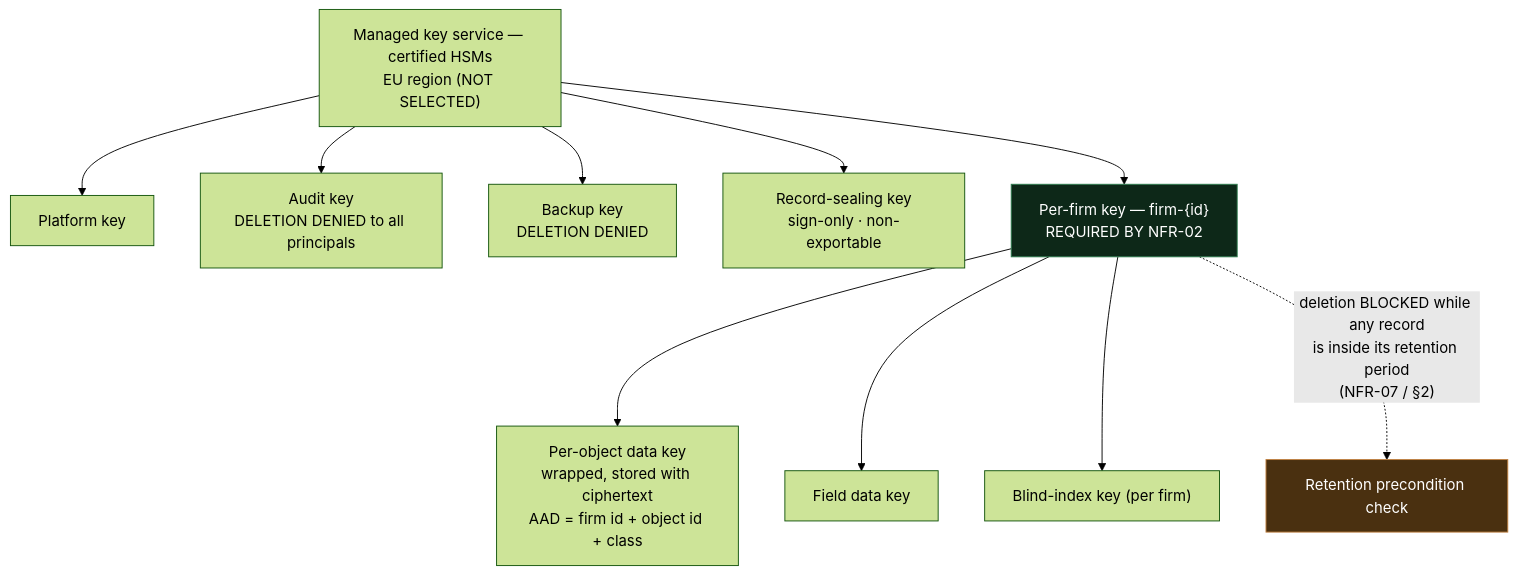
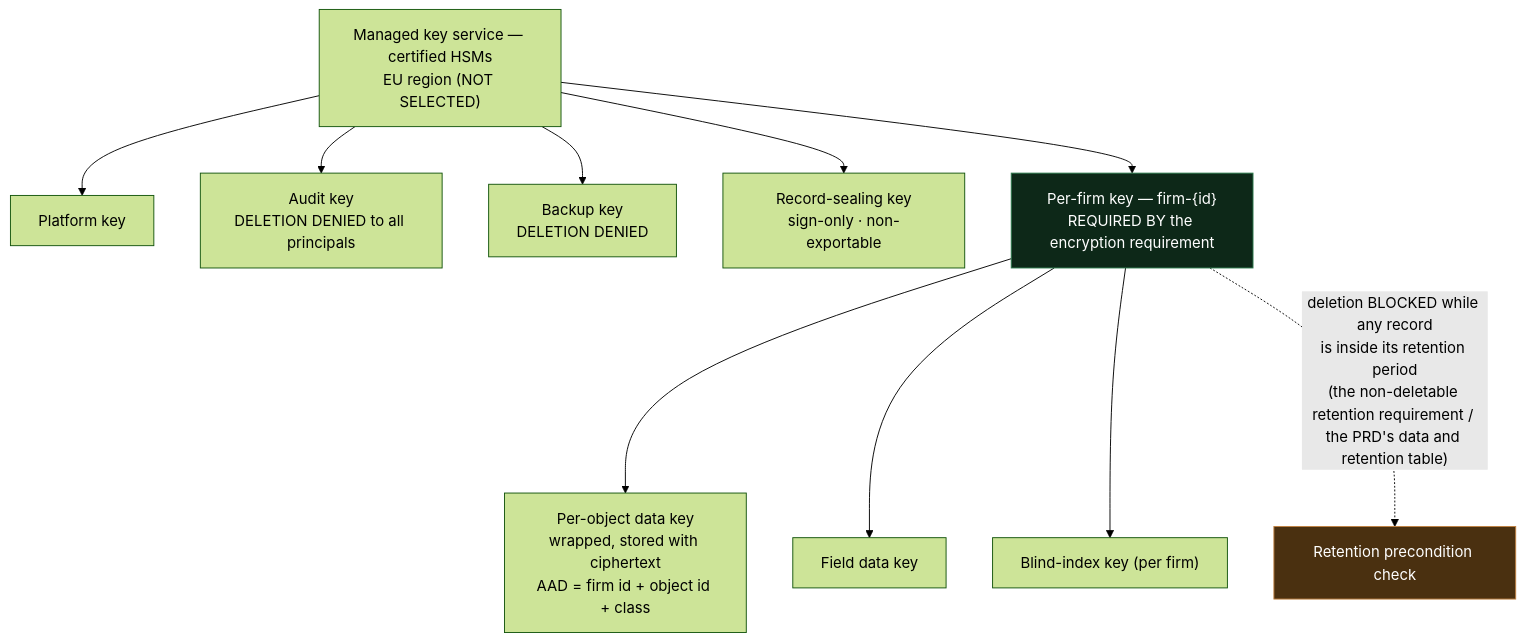
The sixth of 11 diagrams in docs/research/Data And Document Security/architecture-diagrams.md (sayone-tech/Compliance_iq_backend), drawn with Mermaid (forest theme) before and after one commit. The commit also changed other lines of this file and 39 other files, not shown here.

````diff
--- a/docs/research/Data And Document Security/architecture-diagrams.md
+++ b/docs/research/Data And Document Security/architecture-diagrams.md
@@ -200,19 +200,19 @@
 ```mermaid
 graph TB
     HSM["Managed key service — certified HSMs<br/>EU region (NOT SELECTED)"]
 
     HSM --> PK["Platform key"]
     HSM --> AK["Audit key<br/>DELETION DENIED to all principals"]
     HSM --> BK["Backup key<br/>DELETION DENIED"]
     HSM --> SK["Record-sealing key<br/>sign-only · non-exportable"]
-    HSM --> TK["Per-firm key — firm-{id}<br/>REQUIRED BY NFR-02"]
+    HSM --> TK["Per-firm key — firm-{id}<br/>REQUIRED BY the encryption requirement"]
 
     TK --> DEK["Per-object data key<br/>wrapped, stored with ciphertext<br/>AAD = firm id + object id + class"]
     TK --> FDK["Field data key"]
     TK --> HK["Blind-index key (per firm)"]
 
-    TK -.->|"deletion BLOCKED while any record<br/>is inside its retention period<br/>(NFR-07 / §2)"| GUARD["Retention precondition check"]
+    TK -.->|"deletion BLOCKED while any record<br/>is inside its retention period<br/>(the non-deletable retention requirement / the PRD's data and retention table)"| GUARD["Retention precondition check"]
 
     style GUARD fill:#4a3010,stroke:#c08040,color:#fff
     style TK fill:#0d2818,stroke:#2e7d4f,color:#fff
 ```
````
